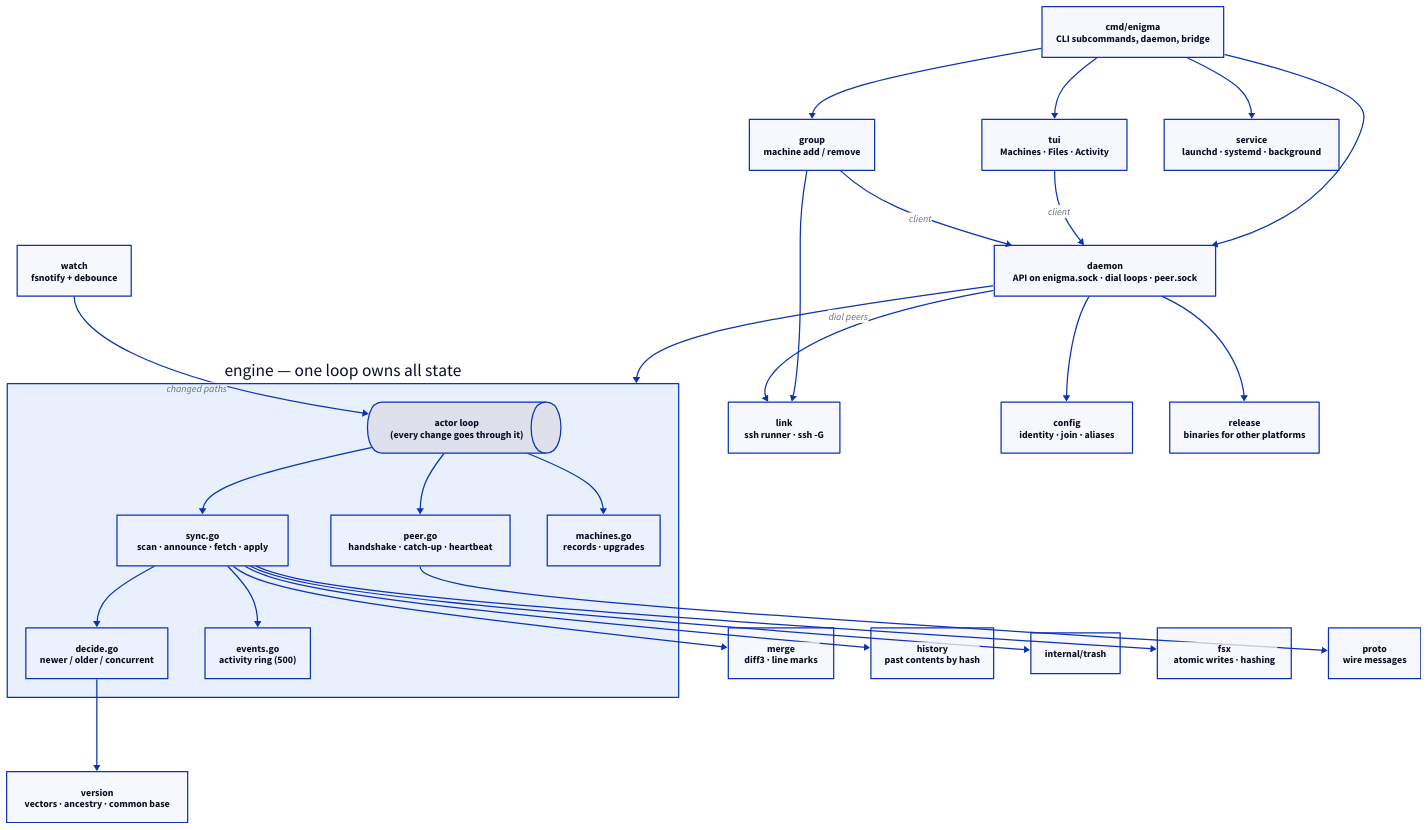
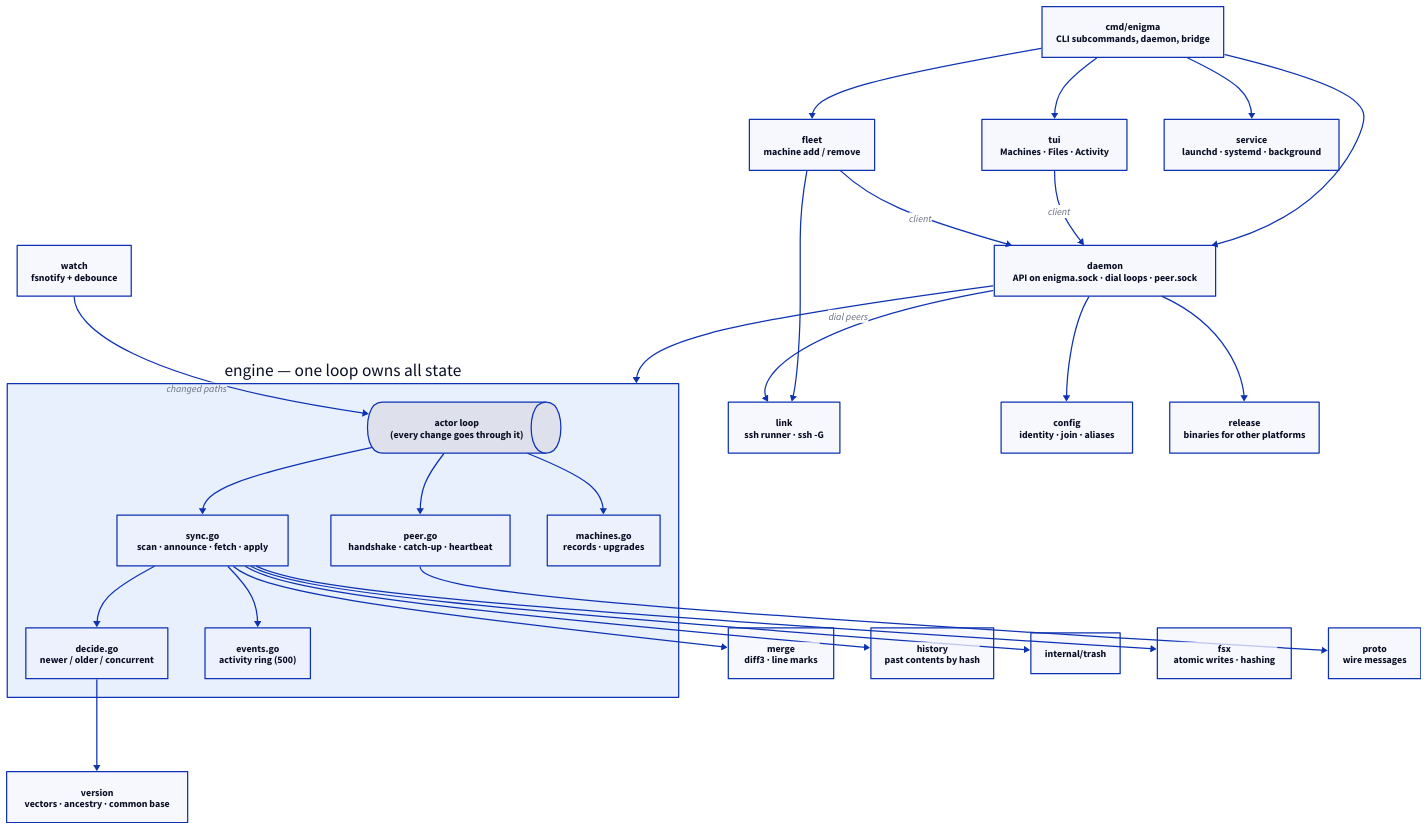
The diagram in architecture/02-inside-a-daemon.d2 (nadavushka-dev/Enigma), drawn with D2 before and after one commit. The commit also changed 41 other files, not shown here.

First line of the commit message:
refactor: rename the machine mesh from group to fleet (SPEC §3)

```diff
--- a/architecture/02-inside-a-daemon.d2
+++ b/architecture/02-inside-a-daemon.d2
@@ -1,59 +1,59 @@
 # The packages inside one daemon (internal/...)
 direction: down
 
 cmd: cmd/enigma {
   label: "cmd/enigma\nCLI subcommands, daemon, bridge"
 }
 tui: internal/tui {label: "tui\nMachines · Files · Activity"}
-group: internal/group {label: "group\nmachine add / remove"}
+fleet: internal/fleet {label: "fleet\nmachine add / remove"}
 
 daemon: internal/daemon {
   label: "daemon\nAPI on enigma.sock · dial loops · peer.sock"
 }
 
 engine: internal/engine {
   label: "engine — one loop owns all state"
   style.fill: "#e8f0fe"
   loop: "actor loop\n(every change goes through it)" {shape: queue}
   sync: "sync.go\nscan · announce · fetch · apply"
   decide: "decide.go\nnewer / older / concurrent"
   peer: "peer.go\nhandshake · catch-up · heartbeat"
   machines: "machines.go\nrecords · upgrades"
   events: "events.go\nactivity ring (500)"
   loop -> sync
   sync -> decide
   loop -> peer
   loop -> machines
   sync -> events
 }
 
 watch: internal/watch {label: "watch\nfsnotify + debounce"}
 version: internal/version {label: "version\nvectors · ancestry · common base"}
 merge: internal/merge {label: "merge\ndiff3 · line marks"}
 history: internal/history {label: "history\npast contents by hash"}
 trash: internal/trash
 fsx: internal/fsx {label: "fsx\natomic writes · hashing"}
 proto: internal/proto {label: "proto\nwire messages"}
 sshlink: internal/link {label: "link\nssh runner · ssh -G"}
 config: internal/config {label: "config\nidentity · join · aliases"}
 service: internal/service {label: "service\nlaunchd · systemd · background"}
 release: internal/release {label: "release\nbinaries for other platforms"}
 
 cmd -> tui
-cmd -> group
+cmd -> fleet
 cmd -> daemon
 cmd -> service
 tui -> daemon: client
-group -> daemon: client
-group -> sshlink
+fleet -> daemon: client
+fleet -> sshlink
 daemon -> engine
 daemon -> sshlink: dial peers
 daemon -> release
 daemon -> config
 watch -> engine.loop: changed paths
 engine.decide -> version
 engine.sync -> merge
 engine.sync -> history
 engine.sync -> trash
 engine.sync -> fsx
 engine.peer -> proto
```
